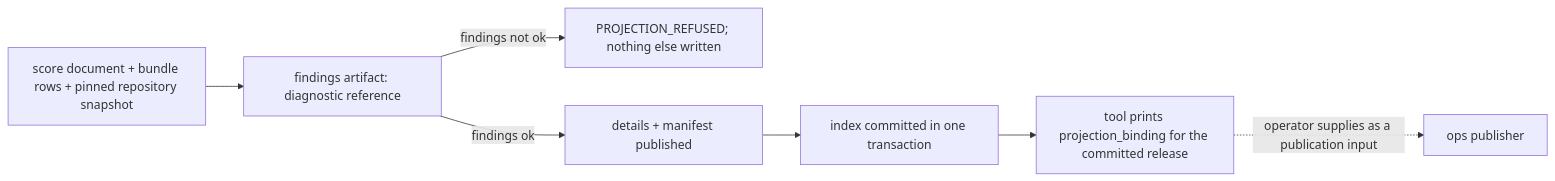
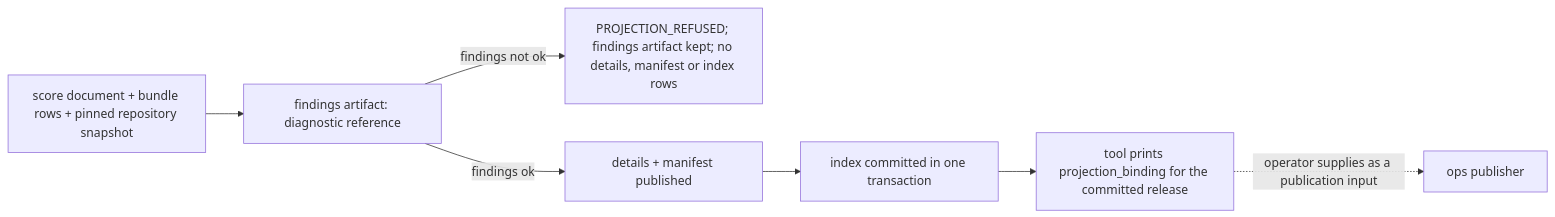
One commit to yshewchuk/investment-validation changed the second of 2 diagrams in engine/v2/serving/ARCHITECTURE.md. Above: the diagram before and after it, drawn with Mermaid. The commit also changed other lines of this file, not shown here.

````diff
--- a/engine/v2/serving/ARCHITECTURE.md
+++ b/engine/v2/serving/ARCHITECTURE.md
@@ -93,9 +95,9 @@
 ```mermaid
 flowchart LR
   In[score document + bundle rows + pinned repository snapshot] --> Findings[findings artifact: diagnostic reference]
-  Findings -->|findings not ok| Refused[PROJECTION_REFUSED; nothing else written]
+  Findings -->|findings not ok| Refused[PROJECTION_REFUSED; findings artifact kept; no details, manifest or index rows]
   Findings -->|findings ok| Publish[details + manifest published]
   Publish --> Commit[index committed in one transaction]
   Commit --> Binding[tool prints projection_binding for the committed release]
   Binding -.->|operator supplies as a publication input| Ops[ops publisher]
 ```
````
